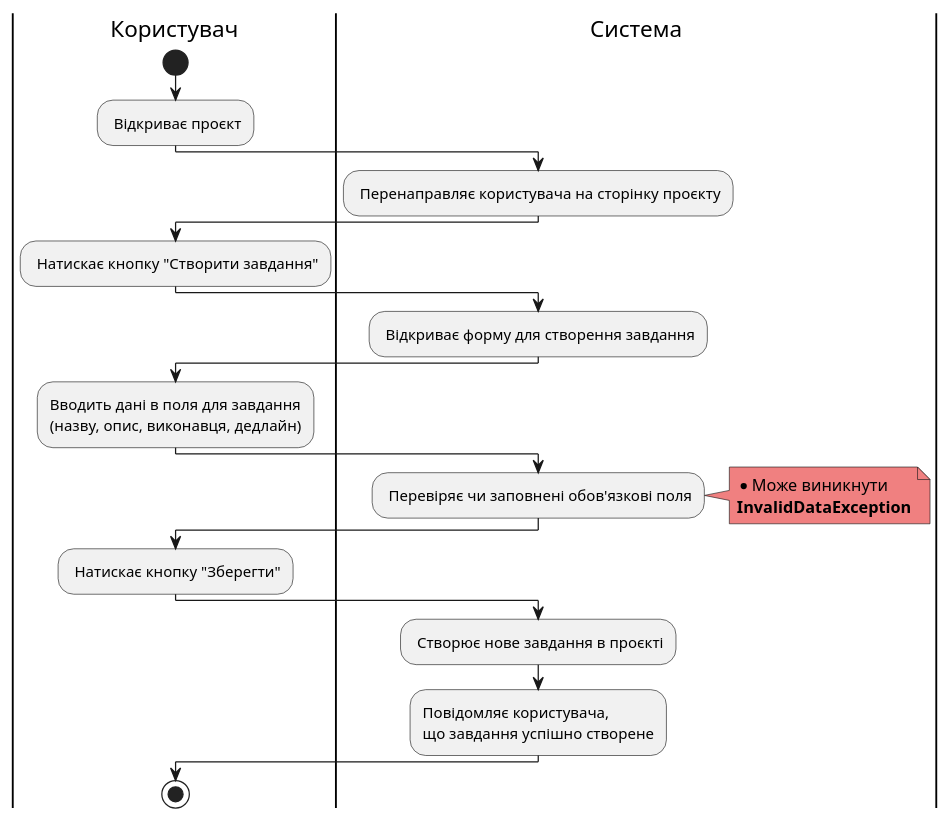
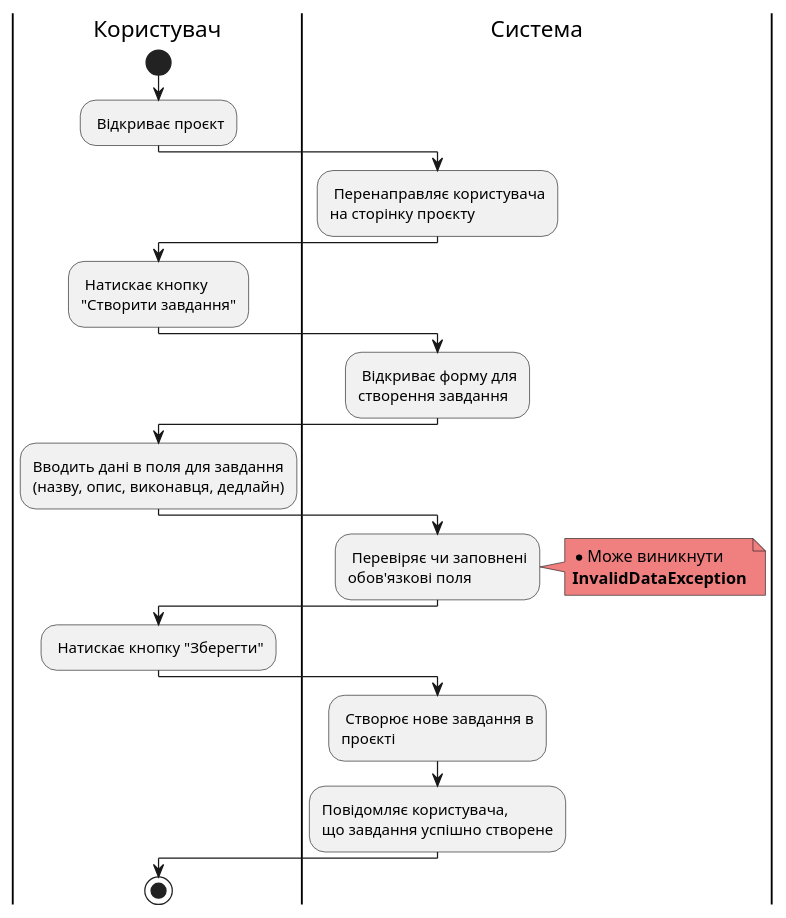
Before and after one commit to samoilenkomariia/db-coursework: diagram 14 of 22 in docs/use cases/README.md, drawn with PlantUML. The commit also changed other lines of this file, not shown here.

```diff
--- a/docs/use cases/README.md
+++ b/docs/use cases/README.md
@@ -443,36 +592,36 @@
 @startuml
 
     |Користувач|
     start;
     : Відкриває проєкт;
     
     |Система|
-    : Перенаправляє користувача на сторінку проєкту;
+    : Перенаправляє користувача\nна сторінку проєкту;
     
     |Користувач|
-    : Натискає кнопку "Створити завдання";
+    : Натискає кнопку\n"Створити завдання";
 
     |Система|
-    : Відкриває форму для створення завдання;
+    : Відкриває форму для\nстворення завдання;
 
     |Користувач|
     :Вводить дані в поля для завдання\n(назву, опис, виконавця, дедлайн);
     
     |Система|
-    : Перевіряє чи заповнені обов'язкові поля;
+    : Перевіряє чи заповнені\nобов'язкові поля;
     
     note right #lightcoral
         * Може виникнути
         <b>InvalidDataException</b>
     end note
         
     |Користувач|
     : Натискає кнопку "Зберегти";
 
     |Система|
-    : Створює нове завдання в проєкті;
+    : Створює нове завдання в\nпроєкті;
     :Повідомляє користувача,\nщо завдання успішно створене;
 
      |Користувач|
         stop;
 @enduml
```
